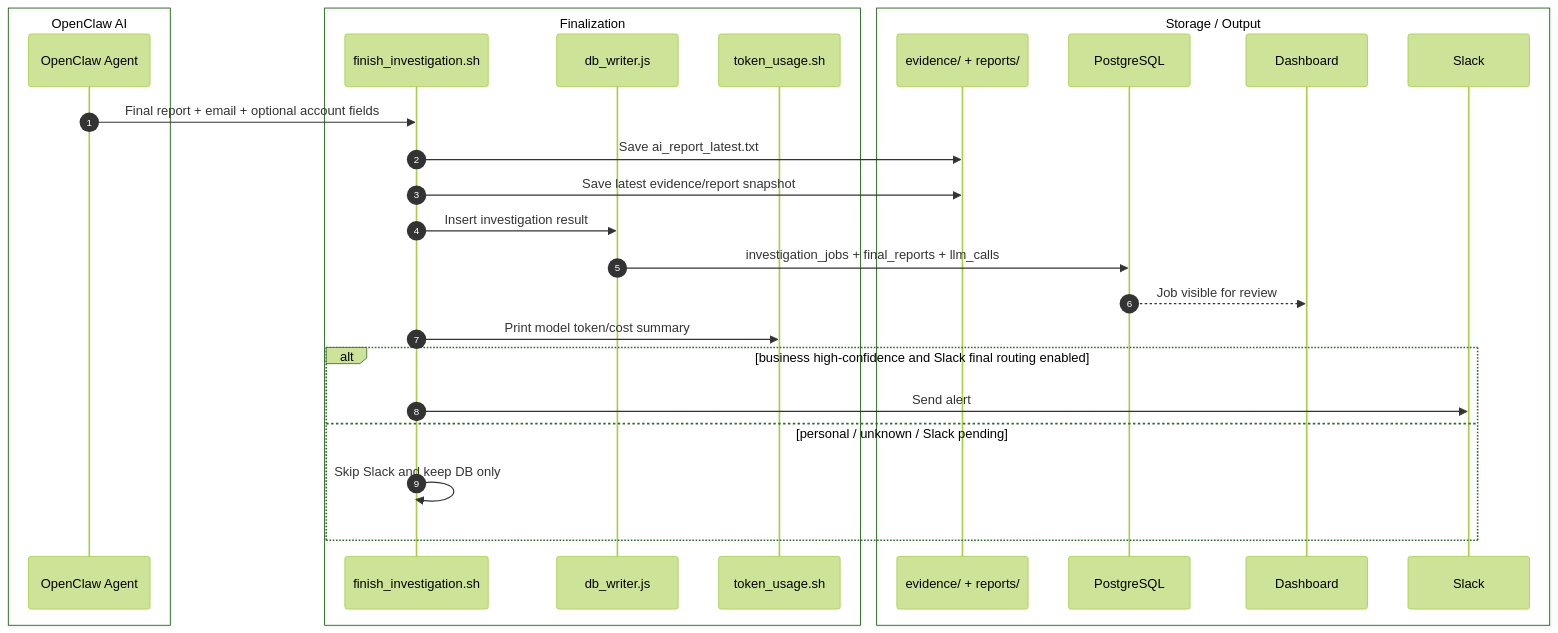
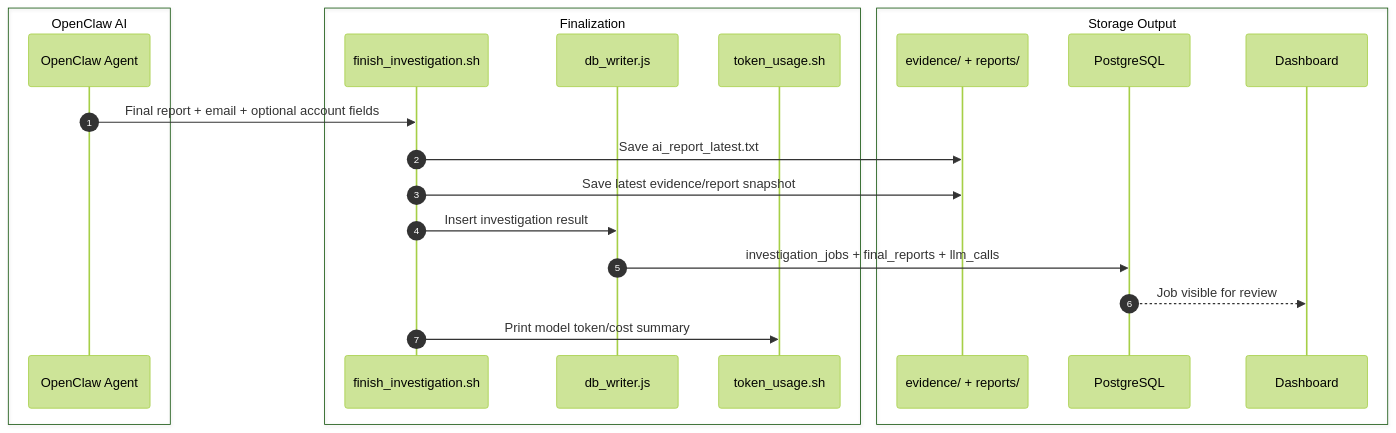
Before and after one commit to nunutech40/company-detector-bot: the sixth of 8 diagrams in docs/technical/FLOW_MAP.md, drawn with Mermaid (forest theme). The commit also changed other lines of this file and 5 other files, not shown here.

````diff
--- a/docs/technical/FLOW_MAP.md
+++ b/docs/technical/FLOW_MAP.md
@@ -327,34 +375,27 @@
 ```mermaid
 sequenceDiagram
   autonumber
   box OpenClaw AI
     participant Agent as OpenClaw Agent
   end
 
   box Finalization
     participant Finalizer as finish_investigation.sh
     participant Writer as db_writer.js
     participant Token as token_usage.sh
   end
 
-  box Storage / Output
+  box Storage Output
     participant Files as evidence/ + reports/
     participant DB as PostgreSQL
     participant Dashboard as Dashboard
-    participant Slack as Slack
   end
 
   Agent->>Finalizer: Final report + email + optional account fields
   Finalizer->>Files: Save ai_report_latest.txt
   Finalizer->>Files: Save latest evidence/report snapshot
   Finalizer->>Writer: Insert investigation result
   Writer->>DB: investigation_jobs + final_reports + llm_calls
   DB-->>Dashboard: Job visible for review
   Finalizer->>Token: Print model token/cost summary
-
-  alt business high-confidence and Slack final routing enabled
-    Finalizer->>Slack: Send alert
-  else personal / unknown / Slack pending
-    Finalizer->>Finalizer: Skip Slack and keep DB only
-  end
 ```
````
